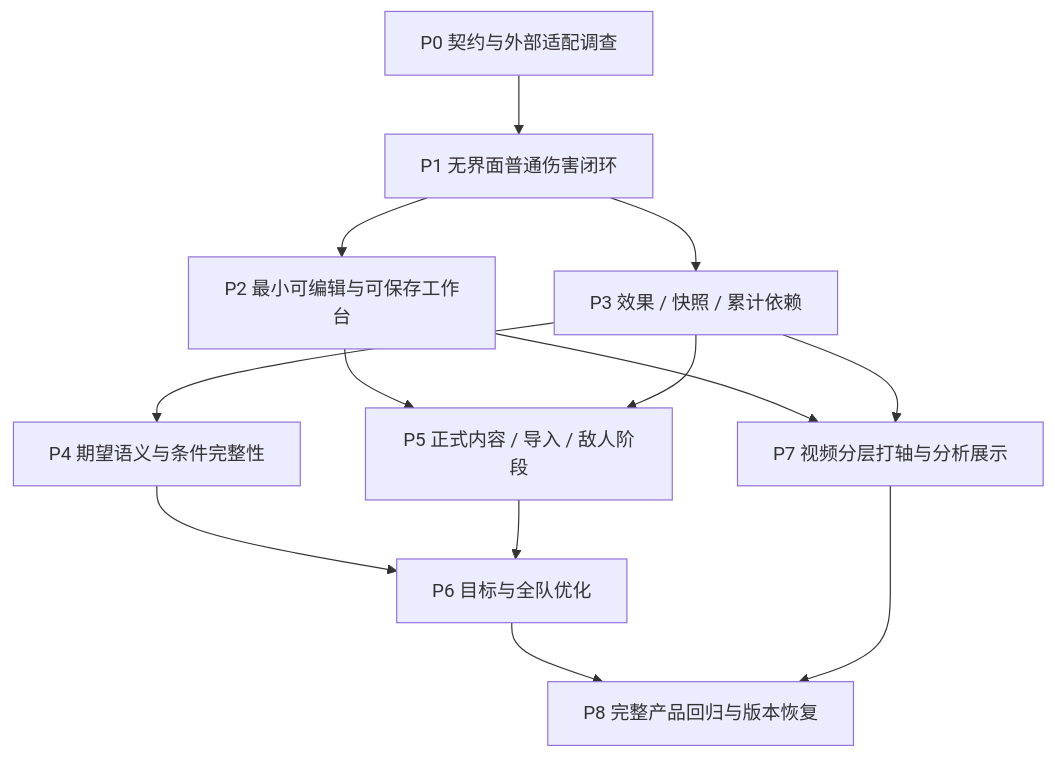
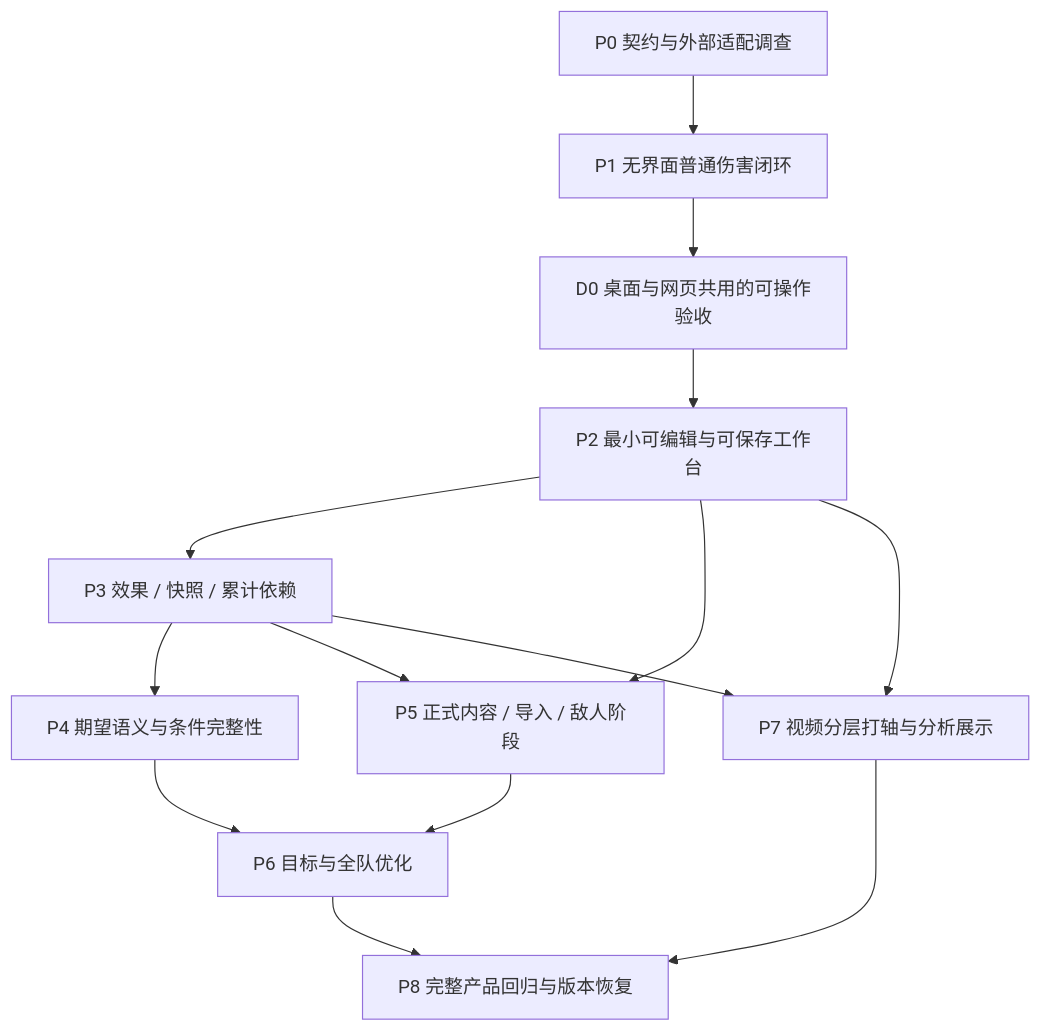
Before and after one commit to YJX-01/LeyLine-Simulator: the diagram in docs/planning/implementation-roadmap.md, drawn with Mermaid. The commit also changed other lines of this file and 43 other files, not shown here.

````diff
--- a/docs/planning/implementation-roadmap.md
+++ b/docs/planning/implementation-roadmap.md
@@ -15,15 +17,16 @@
 ```mermaid
 flowchart TD
   P0[P0 契约与外部适配调查] --> P1[P1 无界面普通伤害闭环]
-  P1 --> P2[P2 最小可编辑与可保存工作台]
-  P1 --> P3[P3 效果 / 快照 / 累计依赖]
+  P1 --> D0[D0 桌面与网页共用的可操作验收]
+  D0 --> P2[P2 最小可编辑与可保存工作台]
+  P2 --> P3[P3 效果 / 快照 / 累计依赖]
   P3 --> P4[P4 期望语义与条件完整性]
   P2 --> P5[P5 正式内容 / 导入 / 敌人阶段]
   P3 --> P5
   P4 --> P6[P6 目标与全队优化]
   P5 --> P6
   P2 --> P7[P7 视频分层打轴与分析展示]
   P3 --> P7
   P6 --> P8[P8 完整产品回归与版本恢复]
   P7 --> P8
 ```
````
